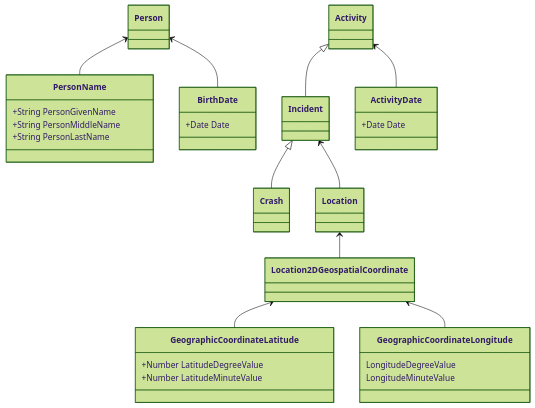
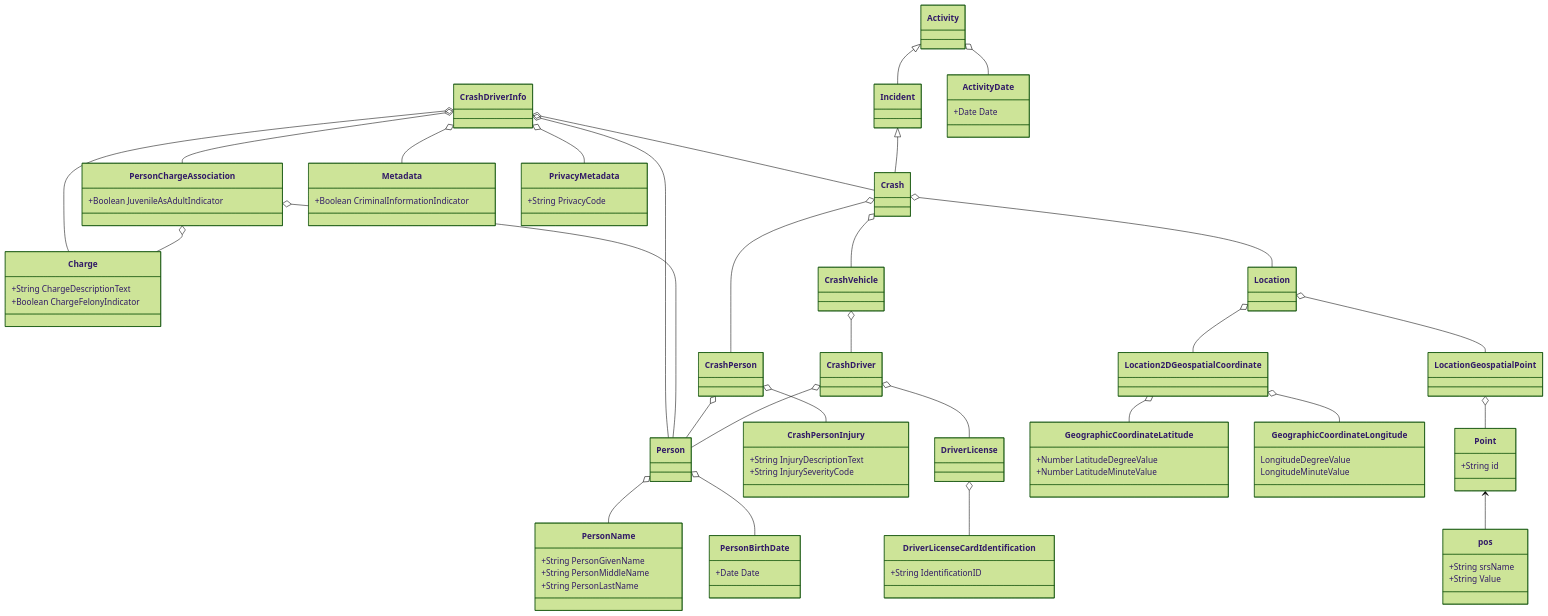
The diagram in Class Diagram/CrashDriverClassDiagram-NIEM.mmd (NIEM/NIEM-Training), drawn with Mermaid (forest theme) before and after one commit. The commit also changed 10 other files, not shown here.

Commit message:
UML and outline additions

```diff
--- a/Class Diagram/CrashDriverClassDiagram-NIEM.mmd
+++ b/Class Diagram/CrashDriverClassDiagram-NIEM.mmd
@@ -1,57 +1,130 @@
 classDiagram
 
-	Person <-- PersonName
-	Person <-- BirthDate
+	class CrashDriverInfo{
+	}
+
+	CrashDriverInfo o-- Person
+	CrashDriverInfo o-- Crash
+	CrashDriverInfo o-- PersonChargeAssociation
+	CrashDriverInfo o-- Charge
+	CrashDriverInfo o-- Metadata
+	CrashDriverInfo o-- PrivacyMetadata
+	
 
 	class Person{
 	}
+
+	Person o-- PersonName
+	Person o-- PersonBirthDate
 
 	class PersonName{
 		+String PersonGivenName
 		+String PersonMiddleName
 		+String PersonLastName
 	}
 
+	class PersonBirthDate{
+		+Date Date
+	}
 
-	class BirthDate{
-		+Date Date
+	class PersonChargeAssociation{
+		+Boolean JuvenileAsAdultIndicator
+	}
+	PersonChargeAssociation o-- Person
+	PersonChargeAssociation o-- Charge
+	
+	class Charge{
+		+String ChargeDescriptionText
+		+Boolean ChargeFelonyIndicator
+	}
+	
+	class Metadata{
+		+Boolean CriminalInformationIndicator
+	}
+	
+	class PrivacyMetadata{
+		+String PrivacyCode
 	}
 
 	Activity <|-- Incident
 	Incident <|-- Crash
-	Activity <-- ActivityDate
-	Incident <-- Location
+
+	Activity o-- ActivityDate
+
 	class Crash{
 	}
+	
+	Crash o-- CrashVehicle
+	CrashVehicle o-- CrashDriver
+	Crash o-- CrashPerson
+	CrashPerson o-- CrashPersonInjury
+	CrashPerson o-- Person
+	Crash o-- Location
+	CrashDriver o-- Person
+	CrashDriver o-- DriverLicense
+	DriverLicense o-- DriverLicenseCardIdentification
+	
+	
+	class CrashDriver{
+	}
 
+	class CrashPerson{
+	}
+	class CrashPersonInjury{
+		+String InjuryDescriptionText
+		+String InjurySeverityCode
+	}
+	
 	class Incident{
 	}
 	
 	class Activity{
 	}
 
 	class ActivityDate{
 		+Date Date
 	}
 
+	class DriverLicense{
+	}
+	
+	class DriverLicenseCardIdentification{
+		+String IdentificationID
+	}
 
-	Location <-- Location2DGeospatialCoordinate
-	Location2DGeospatialCoordinate <-- GeographicCoordinateLatitude
-	Location2DGeospatialCoordinate <-- GeographicCoordinateLongitude
+	Location o-- Location2DGeospatialCoordinate
+	Location2DGeospatialCoordinate o-- GeographicCoordinateLatitude
+	Location2DGeospatialCoordinate o-- GeographicCoordinateLongitude
+	
+	Location o-- LocationGeospatialPoint
+	LocationGeospatialPoint o-- Point
+	Point <-- pos
 	
 	class Location{
 		
 	}
 
 	class Location2DGeospatialCoordinate{
 	}
 
 	class GeographicCoordinateLatitude{
 		+Number LatitudeDegreeValue
 		+Number LatitudeMinuteValue
 	}
 
 	class GeographicCoordinateLongitude{
 		LongitudeDegreeValue
 		LongitudeMinuteValue
 	}
+
+	class LocationGeospatialPoint{
+	}
+	
+	class Point{
+		+String id
+	}
+	
+	class pos{
+		+String srsName
+		+String Value
+	}
```
